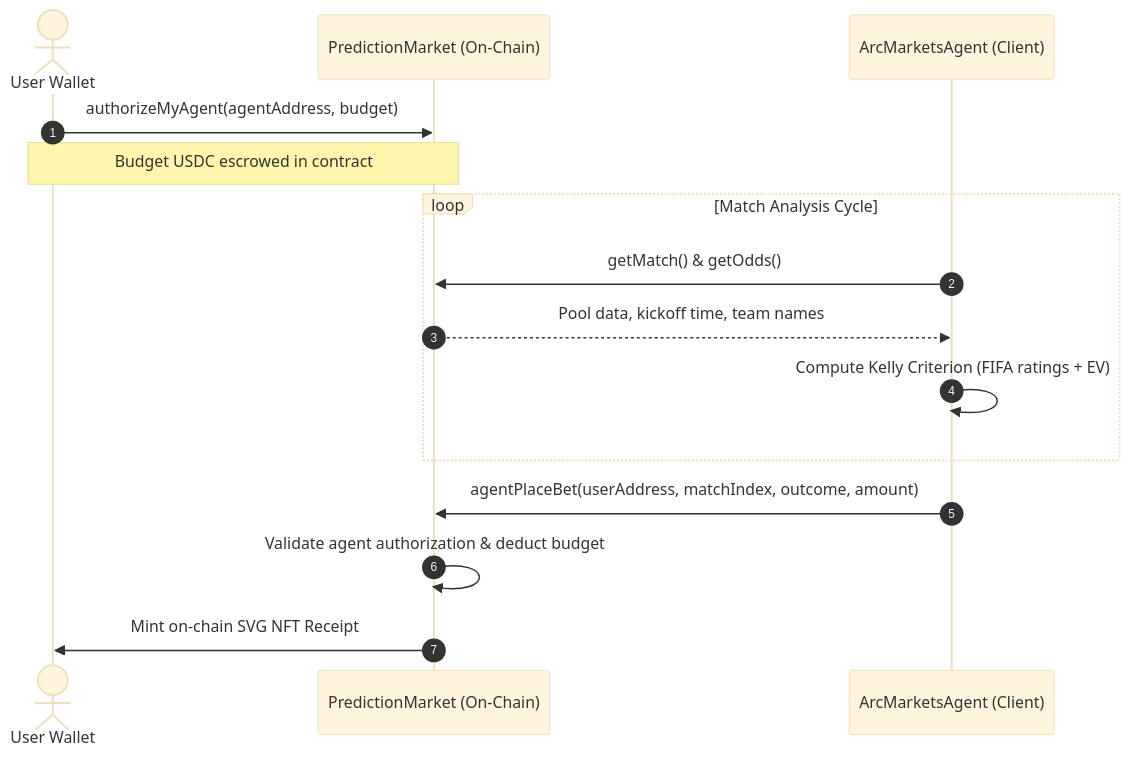
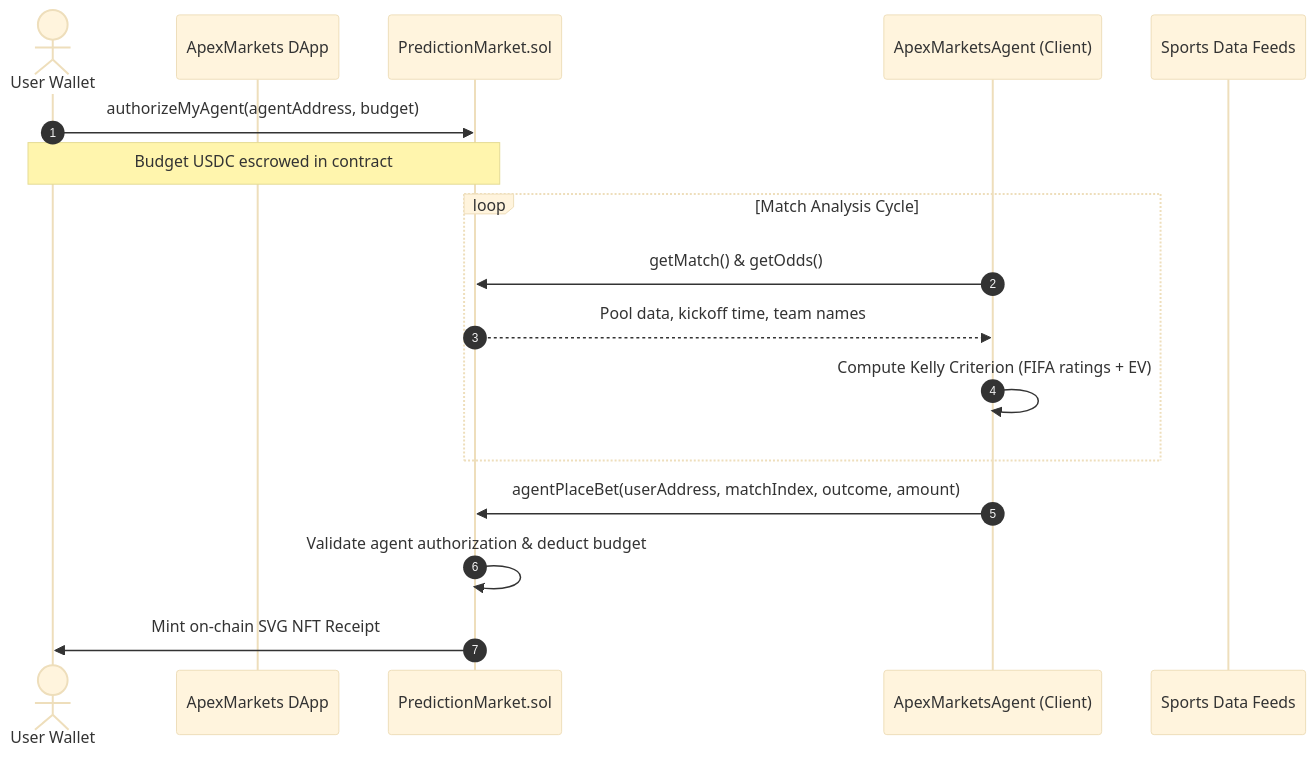
One commit to ritesh59697/ArcMarkets changed the diagram in frontend/src/docs/WHITEPAPER.md. Above: the diagram before and after it, drawn with Mermaid (base theme). The commit also changed other lines of this file and 10 other files, not shown here.

Commit message:
refactor: rebrand to ApexMarkets and update Arc Brand Guidelines compliance

````diff
--- a/frontend/src/docs/WHITEPAPER.md
+++ b/frontend/src/docs/WHITEPAPER.md
@@ -77,20 +77,22 @@
 ```mermaid
 sequenceDiagram
     autonumber
     actor User as User Wallet
-    participant Contract as PredictionMarket (On-Chain)
-    participant Agent as ArcMarketsAgent (Client)
+    participant App as ApexMarkets DApp
+    participant Contract as PredictionMarket.sol
+    participant Agent as ApexMarketsAgent (Client)
+    participant Oracle as Sports Data Feeds
 
     User->>Contract: authorizeMyAgent(agentAddress, budget)
     Note over User,Contract: Budget USDC escrowed in contract
     
     loop Match Analysis Cycle
         Agent->>Contract: getMatch() & getOdds()
         Contract-->>Agent: Pool data, kickoff time, team names
         Agent->>Agent: Compute Kelly Criterion (FIFA ratings + EV)
     end
 
     Agent->>Contract: agentPlaceBet(userAddress, matchIndex, outcome, amount)
     Contract->>Contract: Validate agent authorization & deduct budget
     Contract->>User: Mint on-chain SVG NFT Receipt
 ```
````
